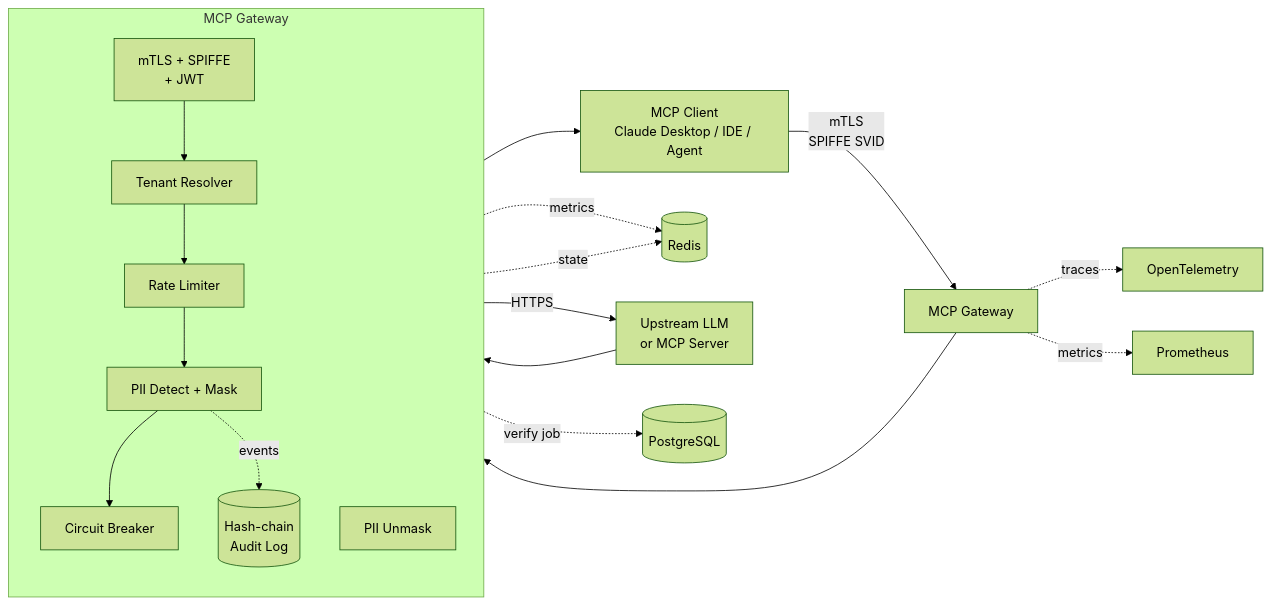
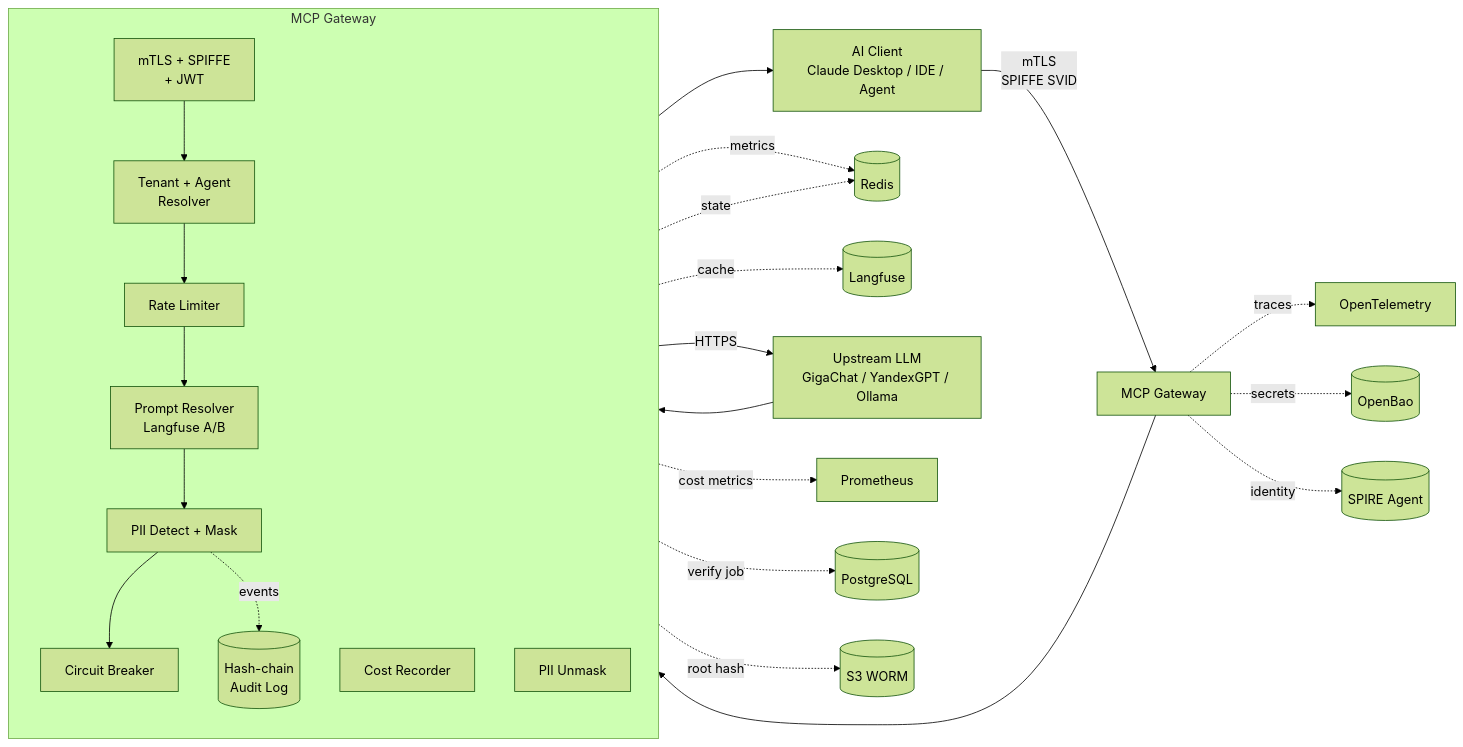
Before and after one commit to realrvs/mcp-gateway: the diagram in README.md, drawn with Mermaid (forest theme). The commit also changed other lines of this file, not shown here.

Commit message:
docs(readme): v2 with all 10 ADR, OpenBao, LLM-Ops, full doc navigation

````diff
--- a/README.md
+++ b/README.md
@@ -48,26 +57,32 @@
 ```mermaid
 flowchart LR
-    Client[MCP Client<br/>Claude Desktop / IDE / Agent] -->|mTLS<br/>SPIFFE SVID| GW[MCP Gateway]
+    Client[AI Client<br/>Claude Desktop / IDE / Agent] -->|mTLS<br/>SPIFFE SVID| GW[MCP Gateway]
 
     subgraph GW_internal[MCP Gateway]
         direction TB
         Auth[mTLS + SPIFFE<br/>+ JWT]
-        Tenant[Tenant Resolver]
+        Tenant[Tenant + Agent<br/>Resolver]
         RL[Rate Limiter]
+        Prompt[Prompt Resolver<br/>Langfuse A/B]
         PII_in[PII Detect + Mask]
         CB[Circuit Breaker]
+        Cost[Cost Recorder]
         Audit[(Hash-chain<br/>Audit Log)]
         PII_out[PII Unmask]
     end
 
-    GW --> Auth --> Tenant --> RL --> PII_in --> CB
+    GW --> Auth --> Tenant --> RL --> Prompt --> PII_in --> CB
     RL -.->|metrics| Redis[(Redis)]
     CB -.->|state| Redis
+    Prompt -.->|cache| Langfuse[(Langfuse)]
     PII_in -.->|events| Audit
-    CB -->|HTTPS| Upstream[Upstream LLM<br/>or MCP Server]
+    CB -->|HTTPS| Upstream[Upstream LLM<br/>GigaChat / YandexGPT / Ollama]
     Upstream --> PII_out --> Client
+    Cost -.->|cost metrics| Prom[Prometheus]
 
     Audit -.->|verify job| Postgres[(PostgreSQL)]
+    Audit -.->|root hash| S3[(S3 WORM)]
     GW -.->|traces| OTel[OpenTelemetry]
-    GW -.->|metrics| Prom[Prometheus]
+    GW -.->|secrets| OpenBao[(OpenBao)]
+    GW -.->|identity| SPIRE[(SPIRE Agent)]
 ```
````
